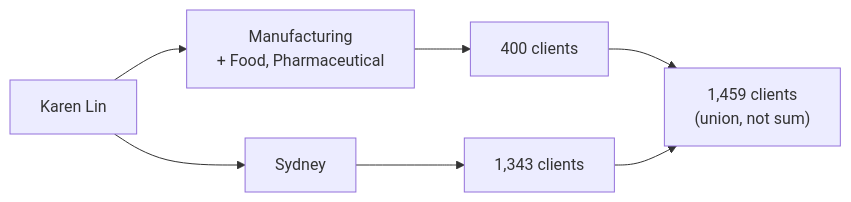
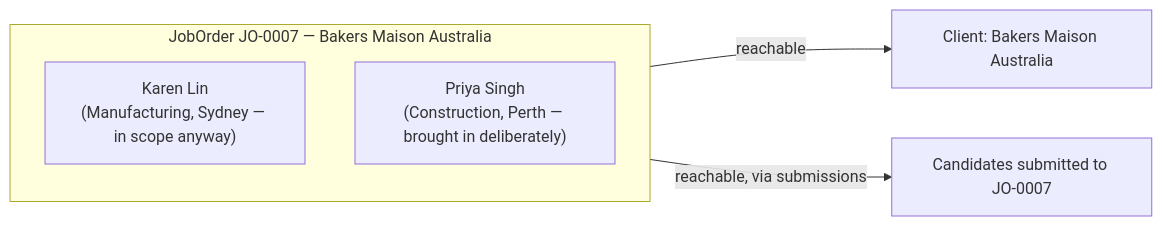
Before and after one commit to Marcuswong0327/linktal-recruitment-os: the fourth of 4 diagrams in docs/scope-explained.md, drawn with Mermaid. The commit also changed other lines of this file and 108 other files, not shown here.

First line of the commit message:
feat: simplify consultant scope to multi-consultant job orders, add server-side entity export

````diff
--- a/docs/scope-explained.md
+++ b/docs/scope-explained.md
@@ -355,9 +298,9 @@
 ```mermaid
 flowchart LR
-    K["Karen Lin"] --> I["Manufacturing<br/>+ Food, Pharmaceutical"]
-    K --> L["Sydney"]
-    I --> R1["400 clients"]
-    L --> R2["1,343 clients"]
-    R1 --> T["1,459 clients<br/>(union, not sum)"]
-    R2 --> T
+    subgraph JO["JobOrder JO-0007 — Bakers Maison Australia"]
+        C1["Karen Lin<br/>(Manufacturing, Sydney — in scope anyway)"]
+        C2["Priya Singh<br/>(Construction, Perth — brought in deliberately)"]
+    end
+    JO -->|reachable| CL["Client: Bakers Maison Australia"]
+    JO -->|reachable, via submissions| CD["Candidates submitted to JO-0007"]
 ```
````
